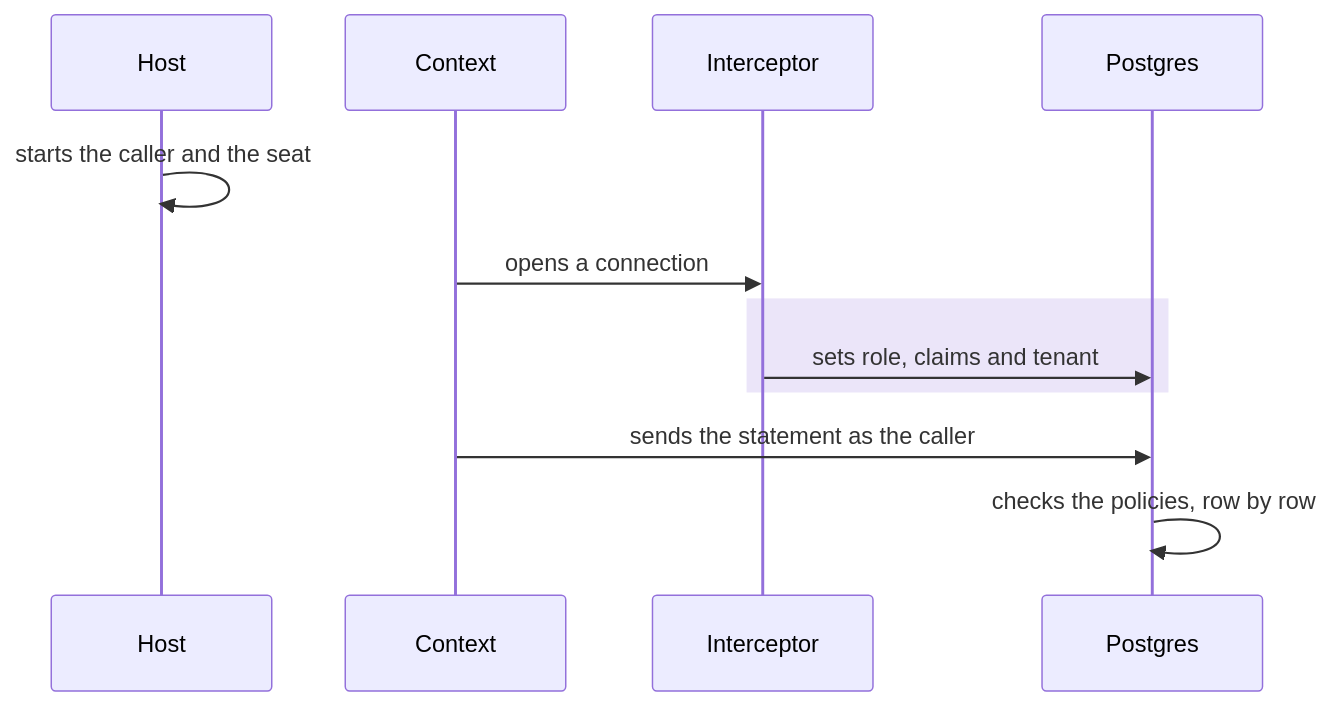
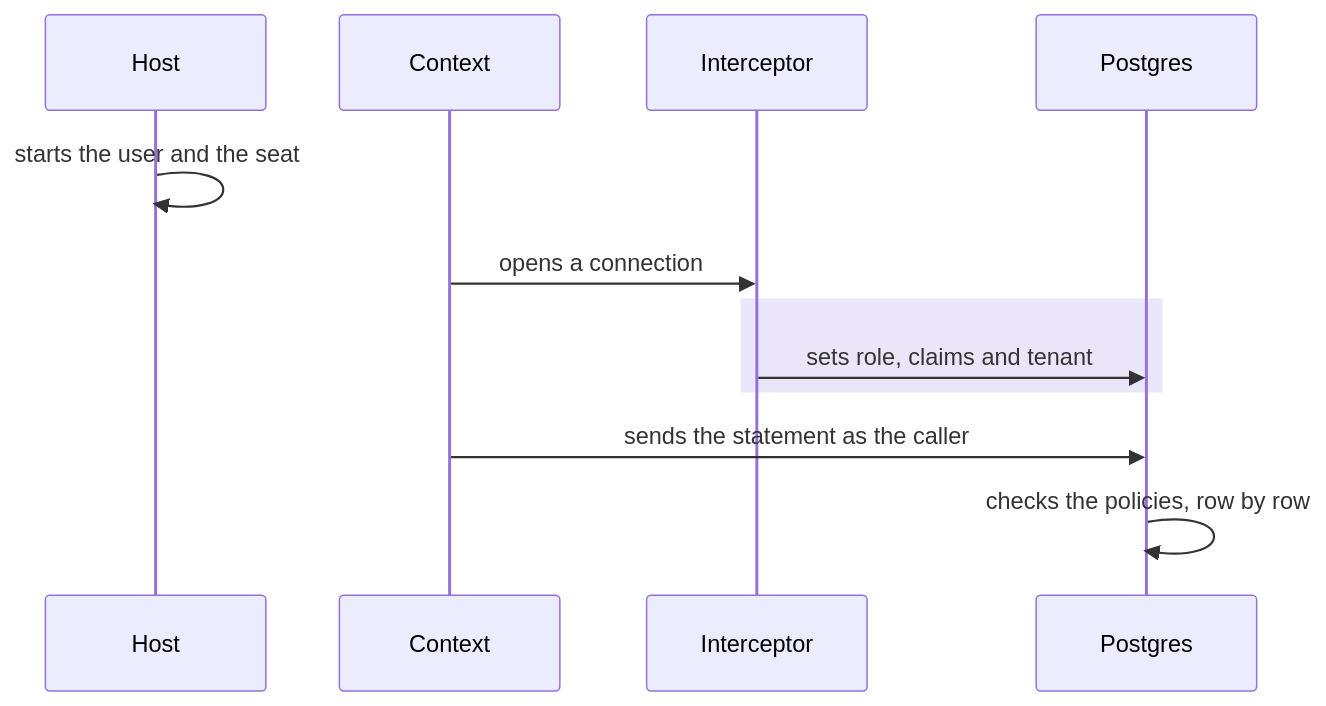
The third of 6 diagrams in docs/how-a-request-is-checked.md (DylanSnel/DDDToolkit), drawn with Mermaid before and after one commit. The commit also changed other lines of this file and 396 other files, not shown here.

````diff
--- a/docs/how-a-request-is-checked.md
+++ b/docs/how-a-request-is-checked.md
@@ -620,14 +620,14 @@
 ```mermaid
 sequenceDiagram
     participant Host
     participant Context
     participant Interceptor
     participant Postgres
-    Host->>Host: starts the caller and the seat
+    Host->>Host: starts the user and the seat
     Context->>Interceptor: opens a connection
     rect rgba(91, 46, 201, 0.12)
     Interceptor->>Postgres: sets role, claims and tenant
     end
     Context->>Postgres: sends the statement as the caller
     Postgres->>Postgres: checks the policies, row by row
 ```
````
